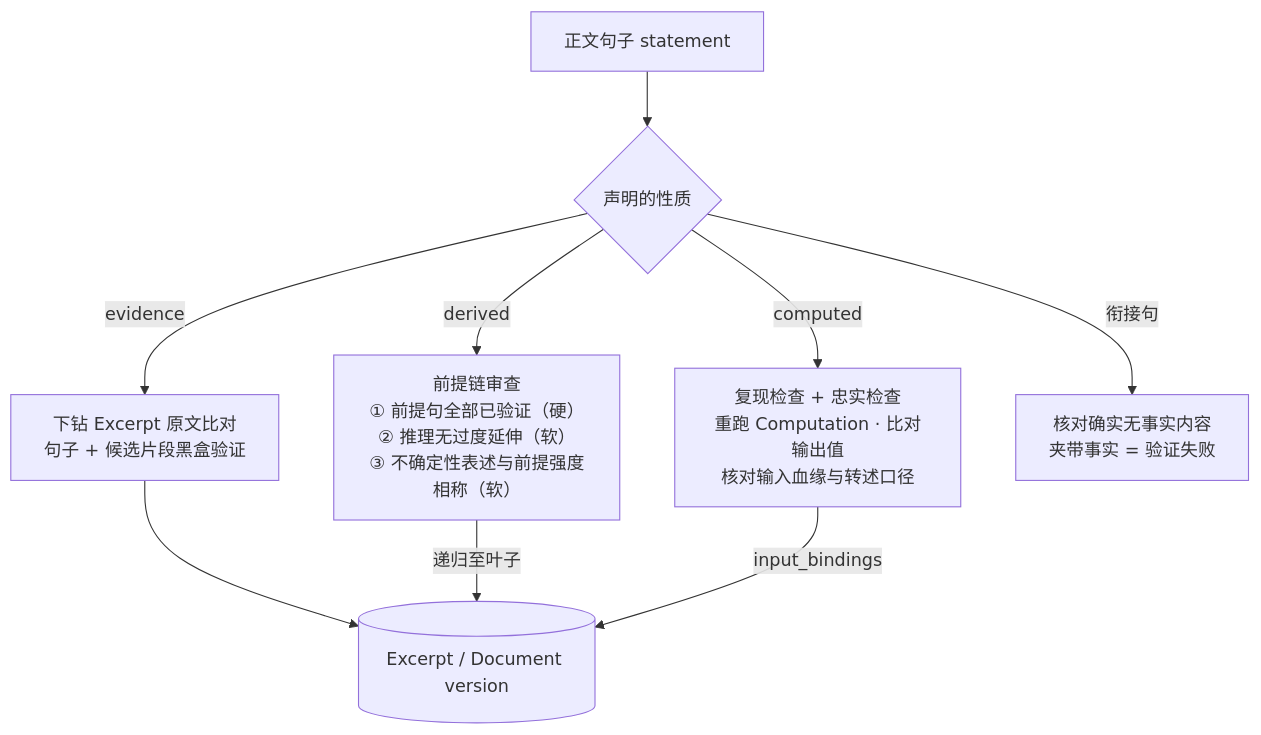
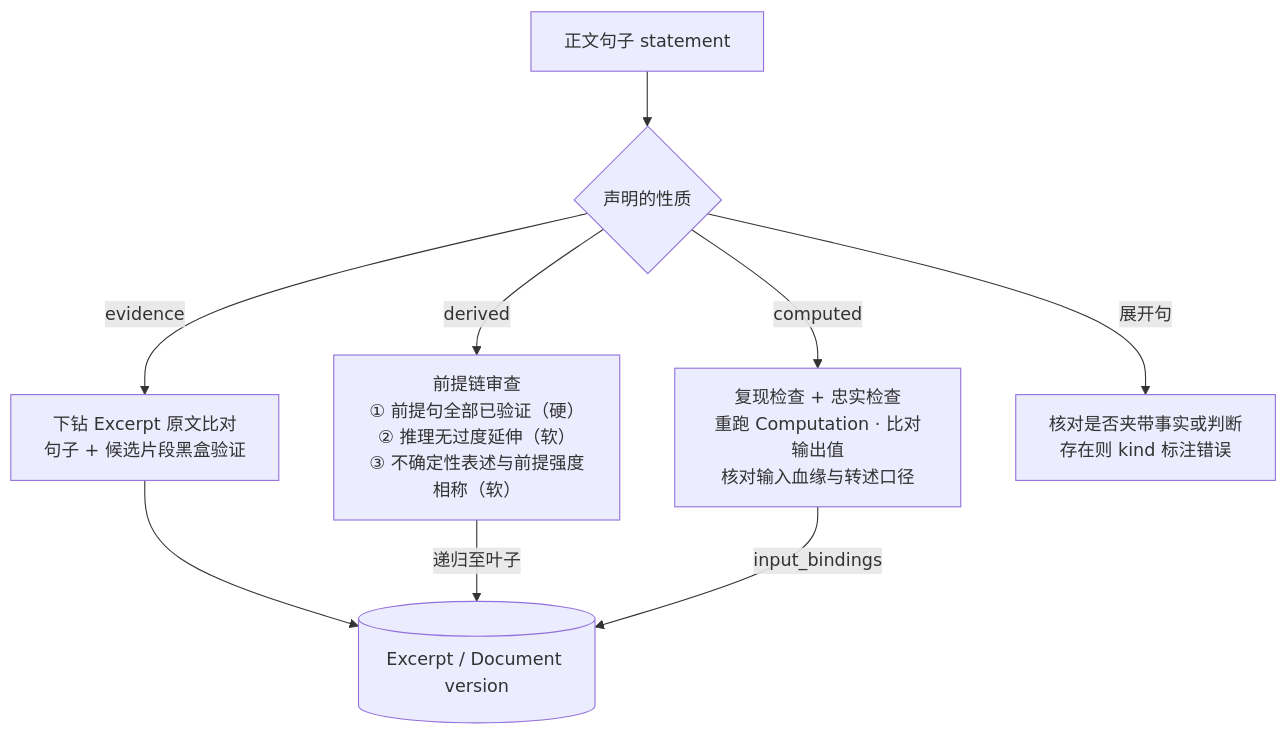
The fourth of 6 diagrams in docs/design.md (ecaps7/Prospector), drawn with Mermaid before and after one commit. The commit also changed other lines of this file and 20 other files, not shown here.

````diff
--- a/docs/design.md
+++ b/docs/design.md
@@ -679,11 +681,11 @@
 ```mermaid
 flowchart TD
     C[正文句子 statement] --> G{声明的性质}
     G -- evidence --> VE[下钻 Excerpt 原文比对<br/>句子 + 候选片段黑盒验证]
     G -- derived --> VD[前提链审查<br/>① 前提句全部已验证（硬）<br/>② 推理无过度延伸（软）<br/>③ 不确定性表述与前提强度相称（软）]
     G -- computed --> VC[复现检查 + 忠实检查<br/>重跑 Computation · 比对输出值<br/>核对输入血缘与转述口径]
-    G -- 衔接句 --> VN[核对确实无事实内容<br/>夹带事实 = 验证失败]
+    G -- 展开句 --> VN[核对是否夹带事实或判断<br/>存在则 kind 标注错误]
     VE --> X[(Excerpt / Document version)]
     VD -- 递归至叶子 --> X
     VC -- input_bindings --> X
 ```
````
